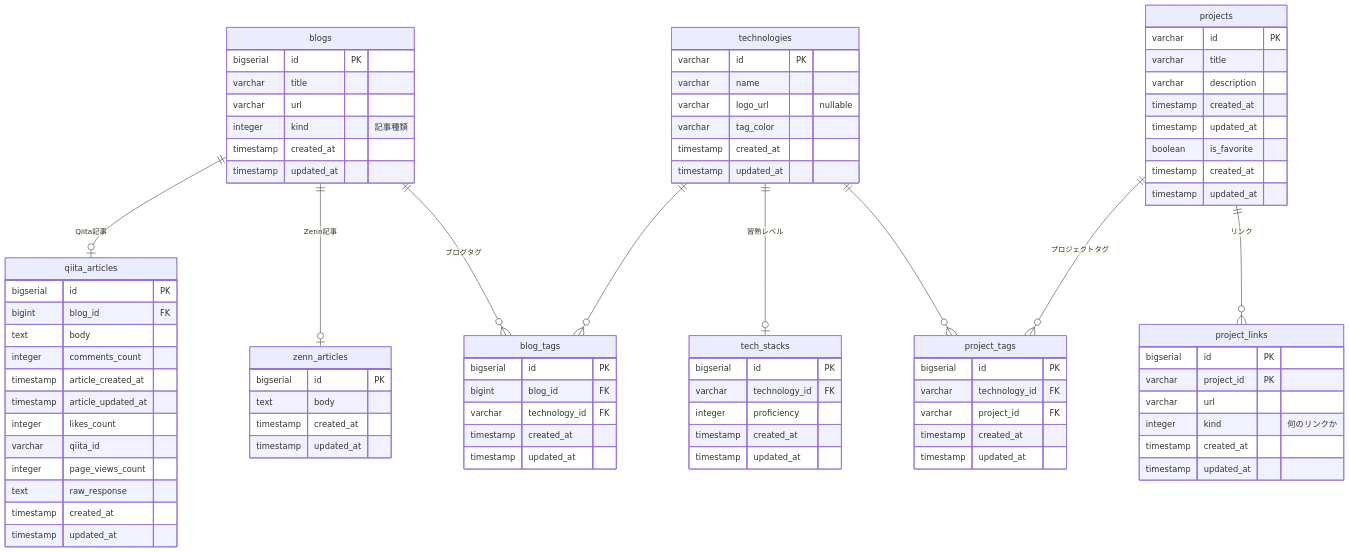
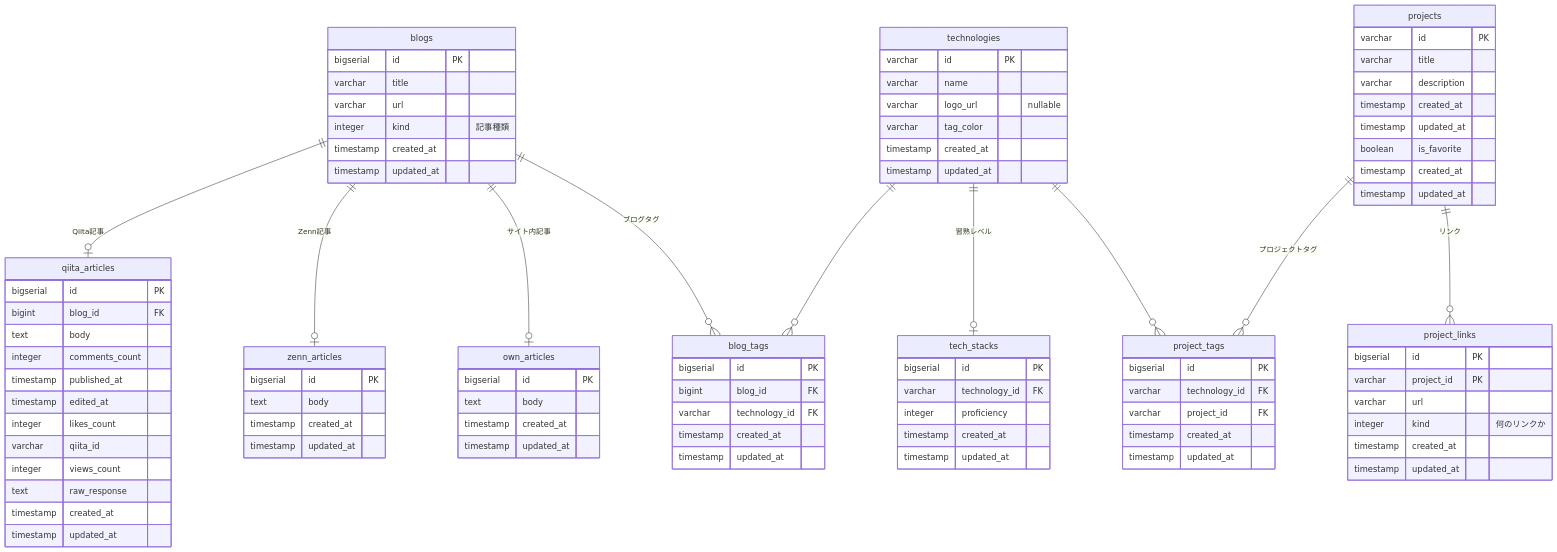
One commit to piny940/portfolio changed the diagram in db/er/portfolio.md. Above: the diagram before and after it, drawn with Mermaid.

Commit message:
ER図を修正

```diff
--- a/db/er/portfolio.md
+++ b/db/er/portfolio.md
@@ -2,6 +2,7 @@
 erDiagram
   blogs ||--o| qiita_articles : "Qiita記事"
   blogs ||--o| zenn_articles : "Zenn記事"
+  blogs ||--o| own_articles : "サイト内記事"
   blogs ||--o{ blog_tags : "ブログタグ"
   technologies ||--o{ blog_tags : ""
   technologies ||--o| tech_stacks : "習熟レベル"
@@ -37,16 +38,22 @@
     bigint blog_id FK
     text body
     integer comments_count
-    timestamp article_created_at
-    timestamp article_updated_at
+    timestamp published_at
+    timestamp edited_at
     integer likes_count
     varchar qiita_id
-    integer page_views_count
+    integer views_count
     text raw_response
     timestamp created_at
     timestamp updated_at
   }
   zenn_articles  {
+    bigserial id PK
+    text body
+    timestamp created_at
+    timestamp updated_at
+  }
+  own_articles {
     bigserial id PK
     text body
     timestamp created_at
```
